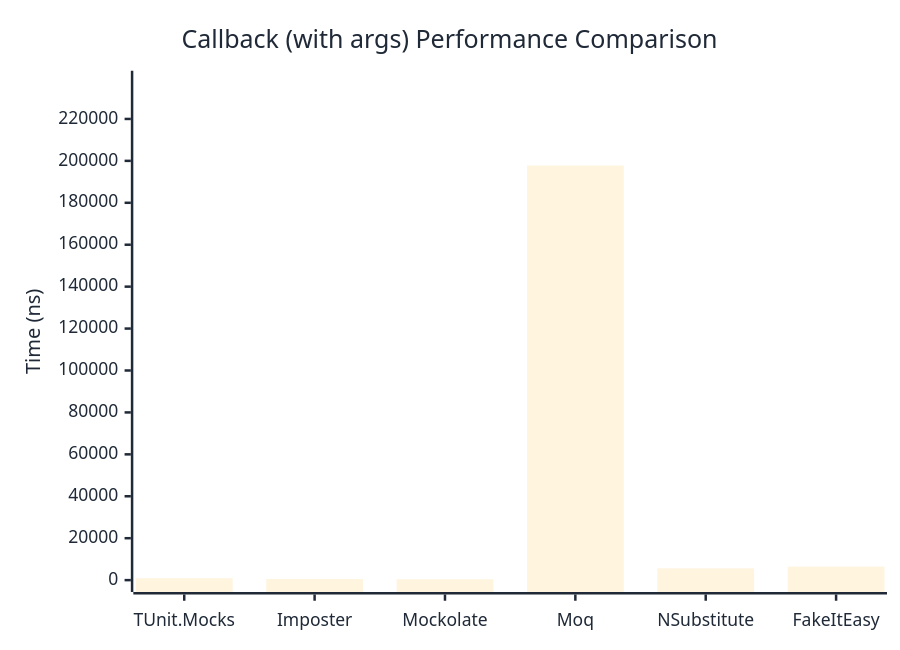
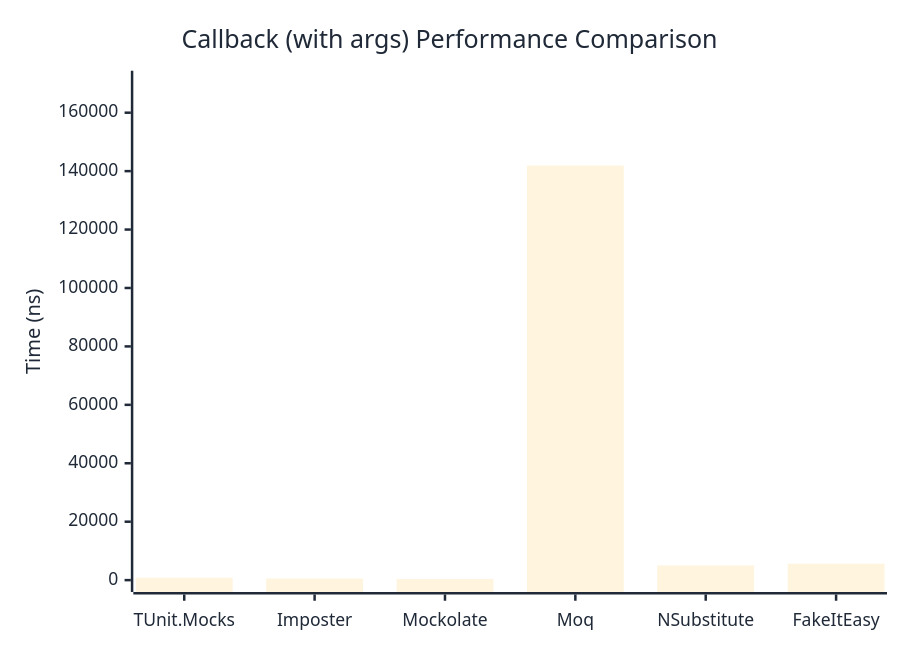
Before and after one commit to thomhurst/TUnit: the second of 2 diagrams in docs/docs/benchmarks/mocks/Callback.md, drawn with Mermaid. The commit also changed other lines of this file and 14 other files, not shown here.

````diff
--- a/docs/docs/benchmarks/mocks/Callback.md
+++ b/docs/docs/benchmarks/mocks/Callback.md
@@ -71,27 +71,27 @@
 ```mermaid
 %%{init: {
   'theme':'base',
   'themeVariables': {
     'primaryColor': '#2563eb',
     'primaryTextColor': '#1f2937',
     'primaryBorderColor': '#1e40af',
     'lineColor': '#6b7280',
     'secondaryColor': '#7c3aed',
     'tertiaryColor': '#dc2626',
     'background': '#ffffff',
     'pie1': '#2563eb',
     'pie2': '#7c3aed',
     'pie3': '#dc2626',
     'pie4': '#f59e0b',
     'pie5': '#10b981',
     'pie6': '#06b6d4',
     'pie7': '#ec4899',
     'pie8': '#6366f1'
   }
 }}%%
 xychart-beta
   title "Callback (with args) Performance Comparison"
   x-axis ["TUnit.Mocks", "Imposter", "Mockolate", "Moq", "NSubstitute", "FakeItEasy"]
-  y-axis "Time (ns)" 0 --> 237323
-  bar [901.1, 537.3, 415.6, 197768.6, 5592.1, 6426.4]
+  y-axis "Time (ns)" 0 --> 170294
+  bar [819.8, 544.7, 380.5, 141911.6, 5017.9, 5614.5]
 ```
````
